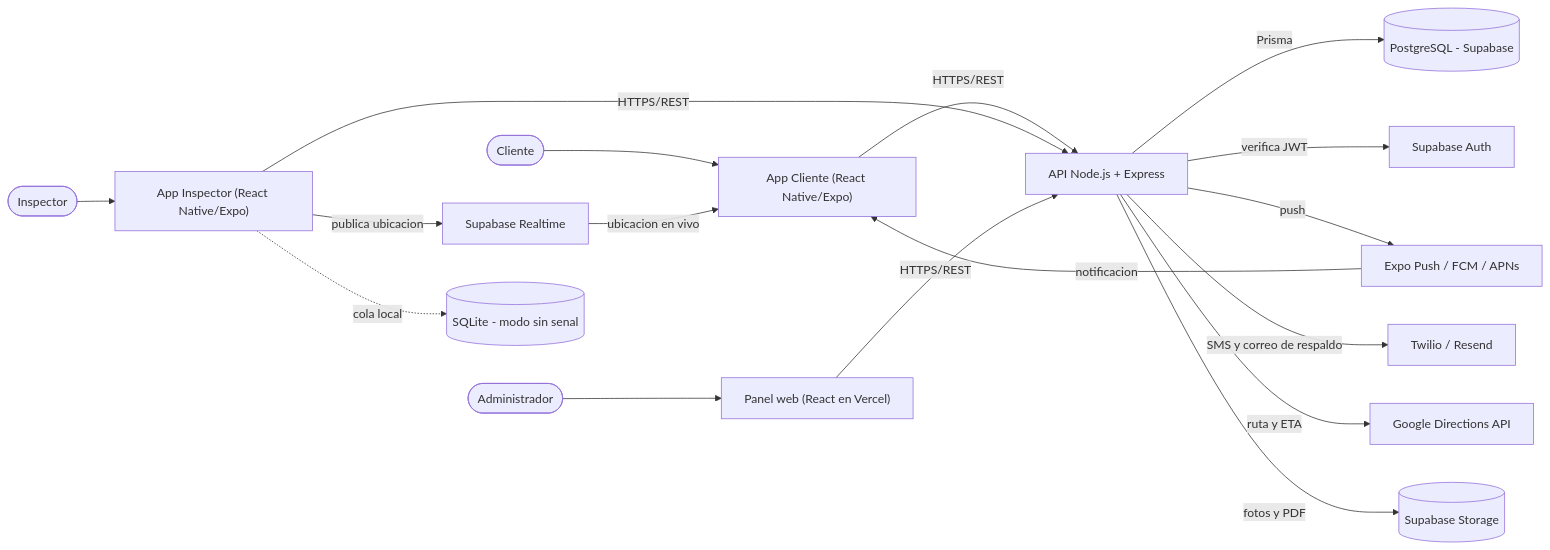
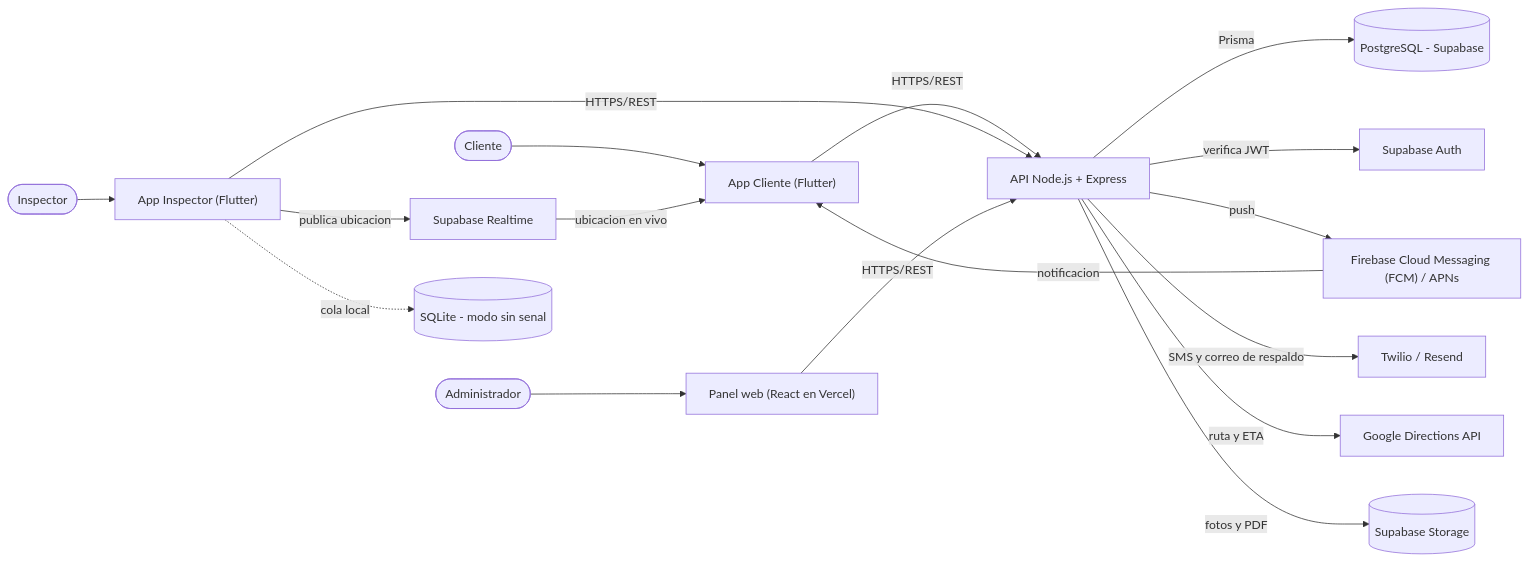
Before and after one commit to Marco324/agaveRoofing: the diagram in docs/02_SRS_Requerimientos.md, drawn with Mermaid. The commit also changed other lines of this file and 327 other files, not shown here.

Commit message:
feat(E05-E12): completar entregas Sprint 5 y cierre E12 (API, Panel, Apps Flutter y Documentacion)

````diff
--- a/docs/02_SRS_Requerimientos.md
+++ b/docs/02_SRS_Requerimientos.md
@@ -79,21 +79,21 @@
 ```mermaid
 flowchart LR
-    Cli([Cliente]) --> APPC["App Cliente (React Native/Expo)"]
-    Insp([Inspector]) --> APPI["App Inspector (React Native/Expo)"]
+    Cli([Cliente]) --> APPC["App Cliente (Flutter)"]
+    Insp([Inspector]) --> APPI["App Inspector (Flutter)"]
     Adm([Administrador]) --> PANEL["Panel web (React en Vercel)"]
 
     APPC -- HTTPS/REST --> API["API Node.js + Express"]
     APPI -- HTTPS/REST --> API
     PANEL -- HTTPS/REST --> API
 
     API -- Prisma --> DB[("PostgreSQL - Supabase")]
     API -- verifica JWT --> AUTH["Supabase Auth"]
-    API -- push --> EXPO["Expo Push / FCM / APNs"]
-    EXPO -- notificacion --> APPC
+    API -- push --> FCM["Firebase Cloud Messaging (FCM) / APNs"]
+    FCM -- notificacion --> APPC
     API -- SMS y correo de respaldo --> SMS["Twilio / Resend"]
     APPI -- publica ubicacion --> RT["Supabase Realtime"]
     RT -- ubicacion en vivo --> APPC
     API -- ruta y ETA --> MAPS["Google Directions API"]
     API -- fotos y PDF --> ST[("Supabase Storage")]
     APPI -. cola local .-> SQL[("SQLite - modo sin senal")]
 ```
````
